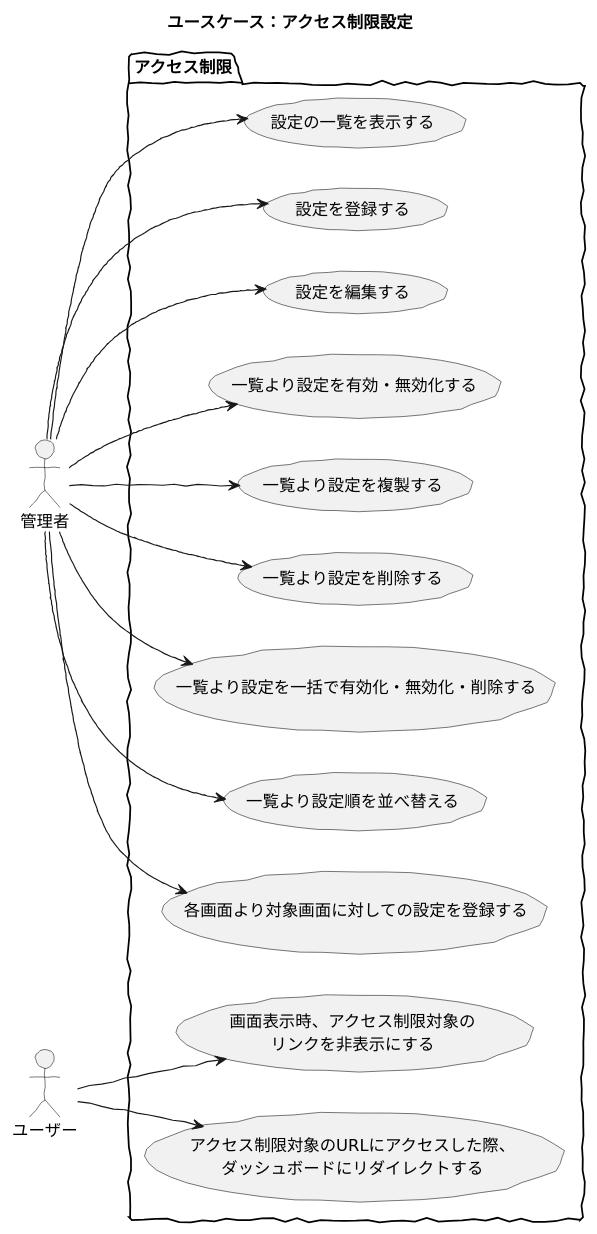
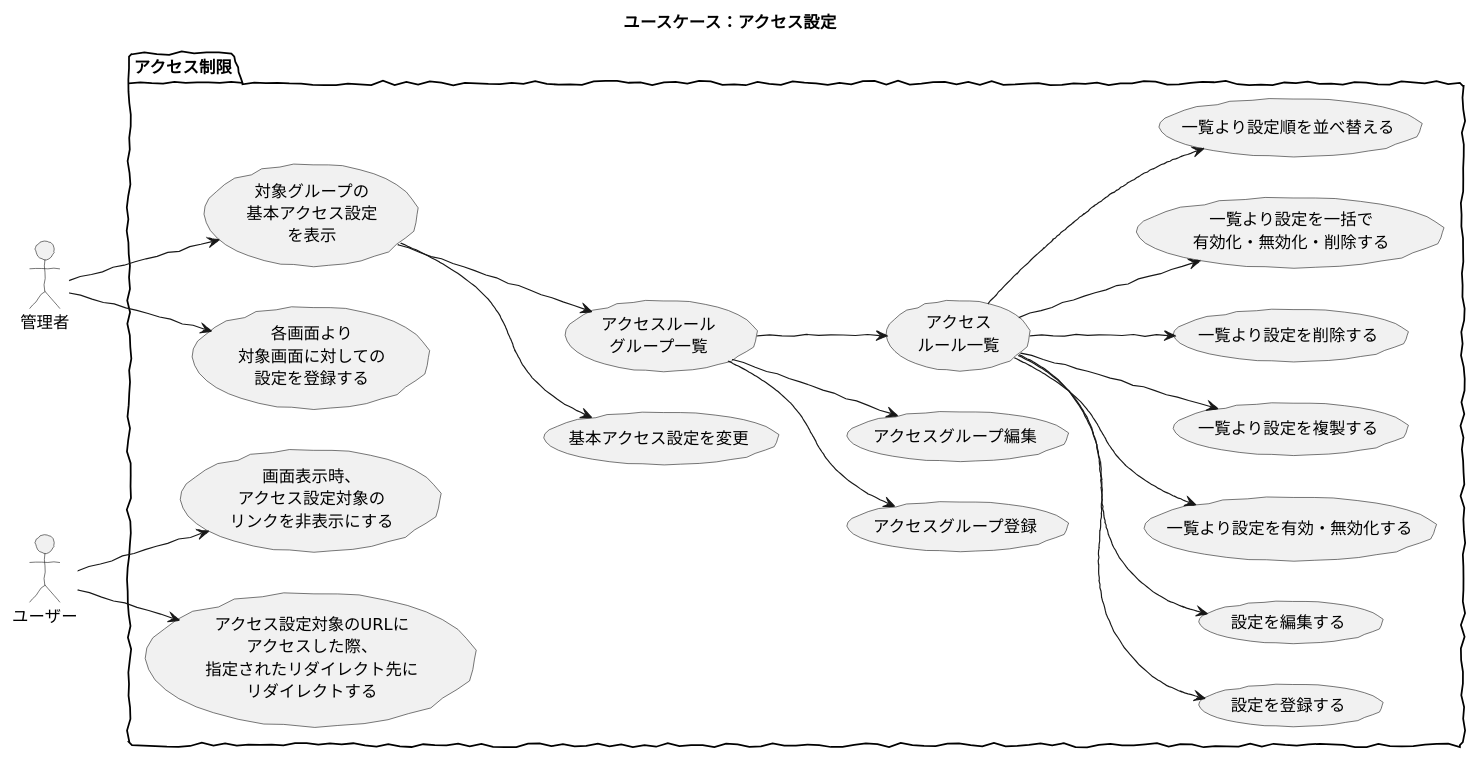
The diagram in src/puml/5/ucmitz/svg/use_case/baser-core/permissions.puml (baserproject/baserproject.github.io), drawn with PlantUML before and after one commit. The commit also changed 21 other files, not shown here.

```diff
--- a/src/puml/5/ucmitz/svg/use_case/baser-core/permissions.puml
+++ b/src/puml/5/ucmitz/svg/use_case/baser-core/permissions.puml
@@ -1,26 +1,32 @@
 @startuml
 
 skinparam handwritten true
 skinparam backgroundColor white
 
-title ユースケース：アクセス制限設定
+title ユースケース：アクセス設定
 
 actor 管理者
 actor ユーザー
 
 package アクセス制限 {
 	left to right direction
-	管理者 --> (設定の一覧を表示する)
-	管理者 --> (設定を登録する)
-	管理者 --> (設定を編集する)
-	管理者 --> (一覧より設定を有効・無効化する)
-	管理者 --> (一覧より設定を複製する)
-	管理者 --> (一覧より設定を削除する)
-	管理者 --> (一覧より設定を一括で有効化・無効化・削除する)
-	管理者 --> (一覧より設定順を並べ替える)
-	管理者 --> (各画面より対象画面に対しての設定を登録する)
-	ユーザー --> (画面表示時、アクセス制限対象の\nリンクを非表示にする)
-	ユーザー --> (アクセス制限対象のURLにアクセスした際、\nダッシュボードにリダイレクトする)
+	管理者 --> (対象グループの\n基本アクセス設定\nを表示)
+	(対象グループの\n基本アクセス設定\nを表示) --> (基本アクセス設定を変更)
+	(対象グループの\n基本アクセス設定\nを表示) --> (アクセスルール\nグループ一覧)
+	(アクセスルール\nグループ一覧) --> (アクセスグループ登録)
+	(アクセスルール\nグループ一覧) --> (アクセスグループ編集)
+	(アクセスルール\nグループ一覧) --> (アクセス\nルール一覧)
+	(アクセス\nルール一覧) --> (設定を登録する)
+	(アクセス\nルール一覧) --> (設定を編集する)
+	
+	(アクセス\nルール一覧) --> (一覧より設定を有効・無効化する)
+	(アクセス\nルール一覧) --> (一覧より設定を複製する)
+	(アクセス\nルール一覧) --> (一覧より設定を削除する)
+	(アクセス\nルール一覧) --> (一覧より設定を一括で\n有効化・無効化・削除する)
+	(アクセス\nルール一覧) --> (一覧より設定順を並べ替える)
+	管理者 --> (各画面より\n対象画面に対しての\n設定を登録する)
+	ユーザー --> (画面表示時、\nアクセス設定対象の\nリンクを非表示にする)
+	ユーザー --> (アクセス設定対象のURLに\nアクセスした際、\n指定されたリダイレクト先に\nリダイレクトする)
 }
 
 @enduml
```
